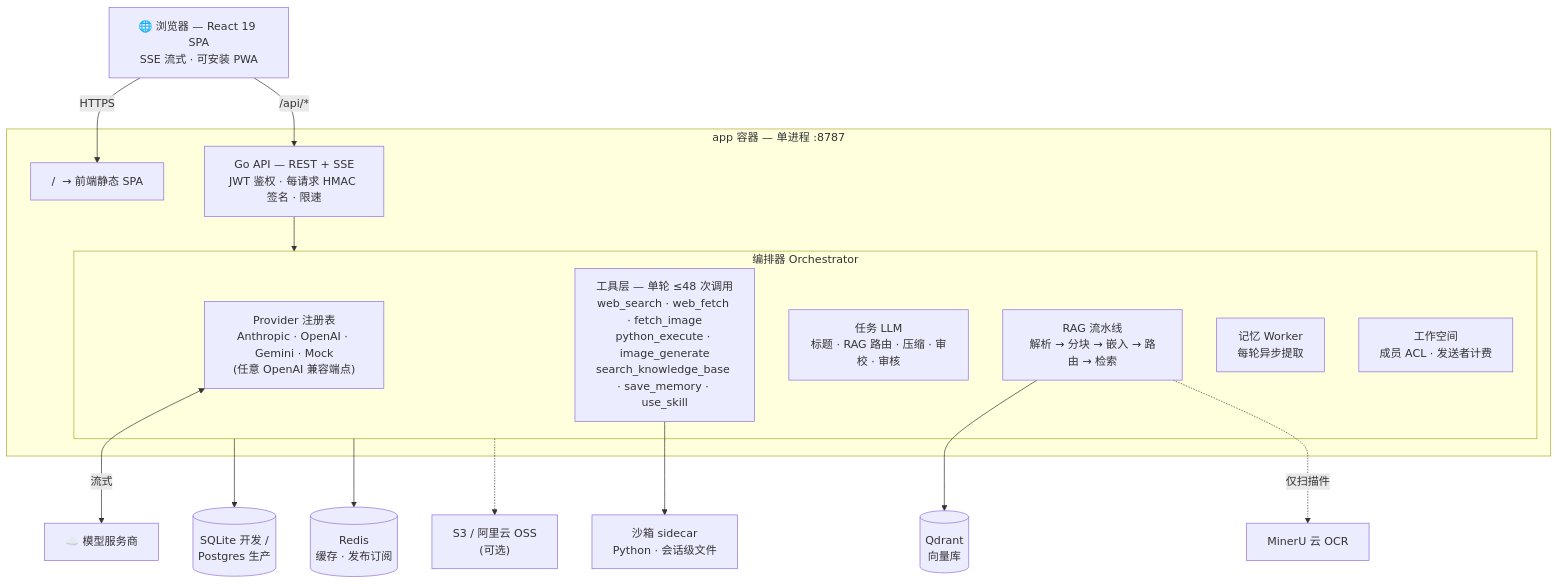
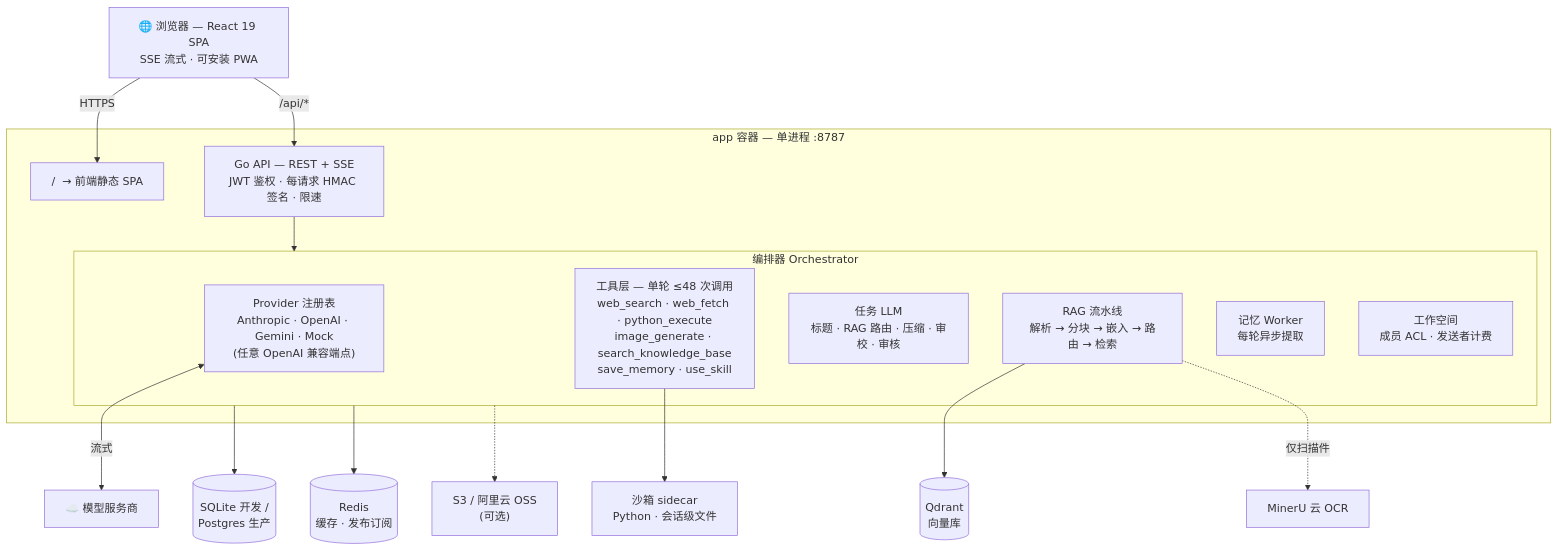
One commit to hjxwz123/Aivory changed the diagram in README.zh-CN.md. Above: the diagram before and after it, drawn with Mermaid. The commit also changed other lines of this file and 62 other files, not shown here.

````diff
--- a/README.zh-CN.md
+++ b/README.zh-CN.md
@@ -242,30 +240,30 @@
 ```mermaid
 graph TB
     B["🌐 浏览器 — React 19 SPA<br/>SSE 流式 · 可安装 PWA"]
 
     subgraph APP["app 容器 — 单进程 :8787"]
         SPA["/ &nbsp;→ 前端静态 SPA"]
         API["Go API — REST + SSE<br/>JWT 鉴权 · 每请求 HMAC 签名 · 限速"]
         subgraph ORCH["编排器 Orchestrator"]
             PROV["Provider 注册表<br/>Anthropic · OpenAI · Gemini · Mock<br/>(任意 OpenAI 兼容端点)"]
-            TOOLS["工具层 — 单轮 ≤48 次调用<br/>web_search · web_fetch · fetch_image<br/>python_execute · image_generate<br/>search_knowledge_base · save_memory · use_skill"]
+            TOOLS["工具层 — 单轮 ≤48 次调用<br/>web_search · web_fetch · python_execute<br/>image_generate · search_knowledge_base<br/>save_memory · use_skill"]
             TASK["任务 LLM<br/>标题 · RAG 路由 · 压缩 · 审校 · 审核"]
             RAGP["RAG 流水线<br/>解析 → 分块 → 嵌入 → 路由 → 检索"]
             MEMW["记忆 Worker<br/>每轮异步提取"]
             WS["工作空间<br/>成员 ACL · 发送者计费"]
         end
     end
 
     B -->|HTTPS| SPA
     B -->|"/api/*"| API
     API --> ORCH
 
     PROV <-->|流式| LLM["☁️ 模型服务商"]
     TOOLS --> SBX["沙箱 sidecar<br/>Python · 会话级文件"]
     RAGP --> QD[("Qdrant<br/>向量库")]
     RAGP -.->|"仅扫描件"| MRU["MinerU 云 OCR"]
 
     ORCH --> DB[("SQLite 开发 /<br/>Postgres 生产")]
     ORCH --> RDS[("Redis<br/>缓存 · 发布订阅")]
     ORCH -.-> OBJ["S3 / 阿里云 OSS<br/>(可选)"]
 ```
````
